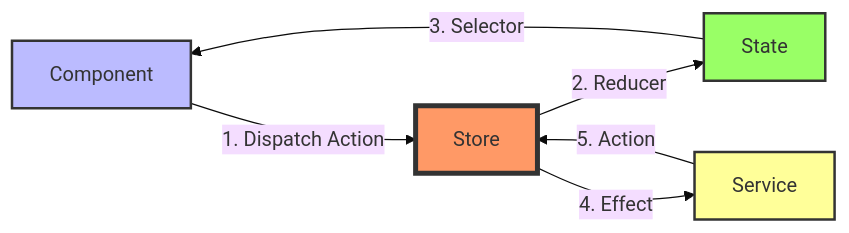
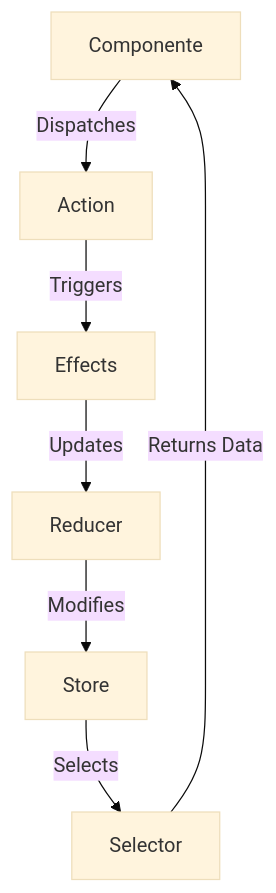
The fourth of 5 diagrams in Front-End/3. Manipulação de Dados e Estado/State-Management/sm-angular.md (fabossi/FRONT-LEARNING), drawn with Mermaid (base theme) before and after one commit.

````diff
--- a/Front-End/3. Manipulação de Dados e Estado/State-Management/sm-angular.md
+++ b/Front-End/3. Manipulação de Dados e Estado/State-Management/sm-angular.md
@@ -104,13 +108,9 @@
 ```mermaid
-graph LR
-    A[Component] -->|1. Dispatch Action| B[Store]
-    B -->|2. Reducer| C[State]
-    C -->|3. Selector| A
-    B -->|4. Effect| D[Service]
-    D -->|5. Action| B
-    style A fill:#bbf,stroke:#333,stroke-width:2px
-    style B fill:#f96,stroke:#333,stroke-width:4px
-    style C fill:#9f6,stroke:#333,stroke-width:2px
-    style D fill:#ff9,stroke:#333,stroke-width:2px
-
+flowchart TD
+    A[Componente] -->|Dispatches| B[Action]
+    B -->|Triggers| C[Effects]
+    C -->|Updates| D[Reducer]
+    D -->|Modifies| E[Store]
+    E -->|Selects| F[Selector]
+    F -->|Returns Data| A
 ```
````
